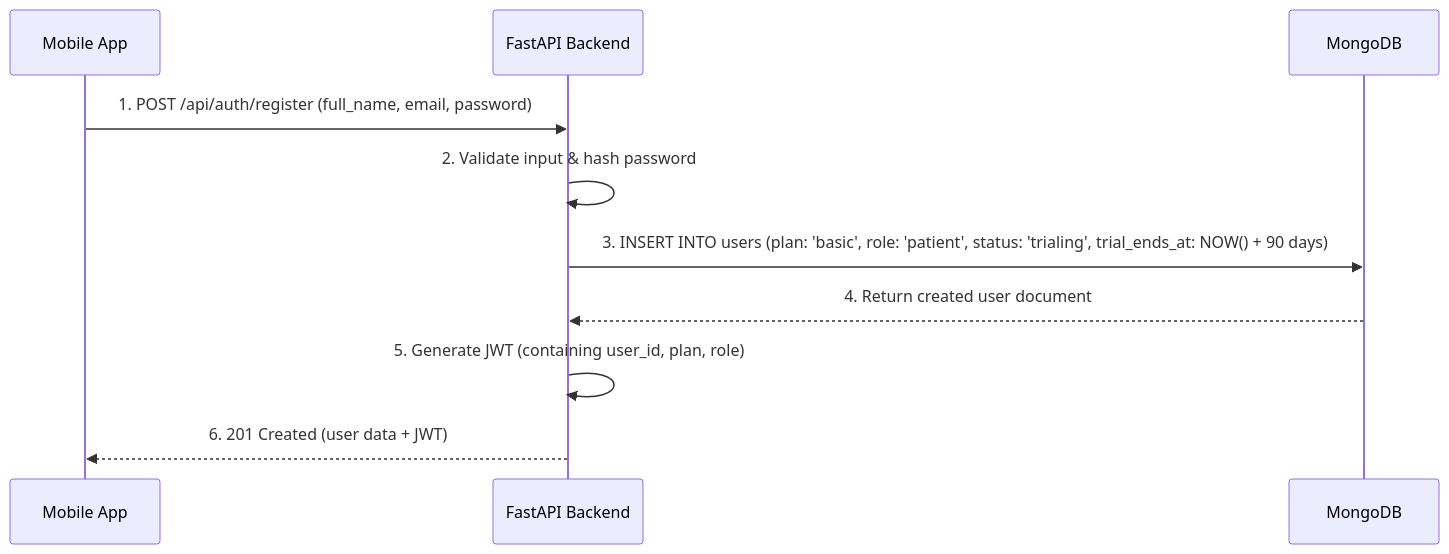
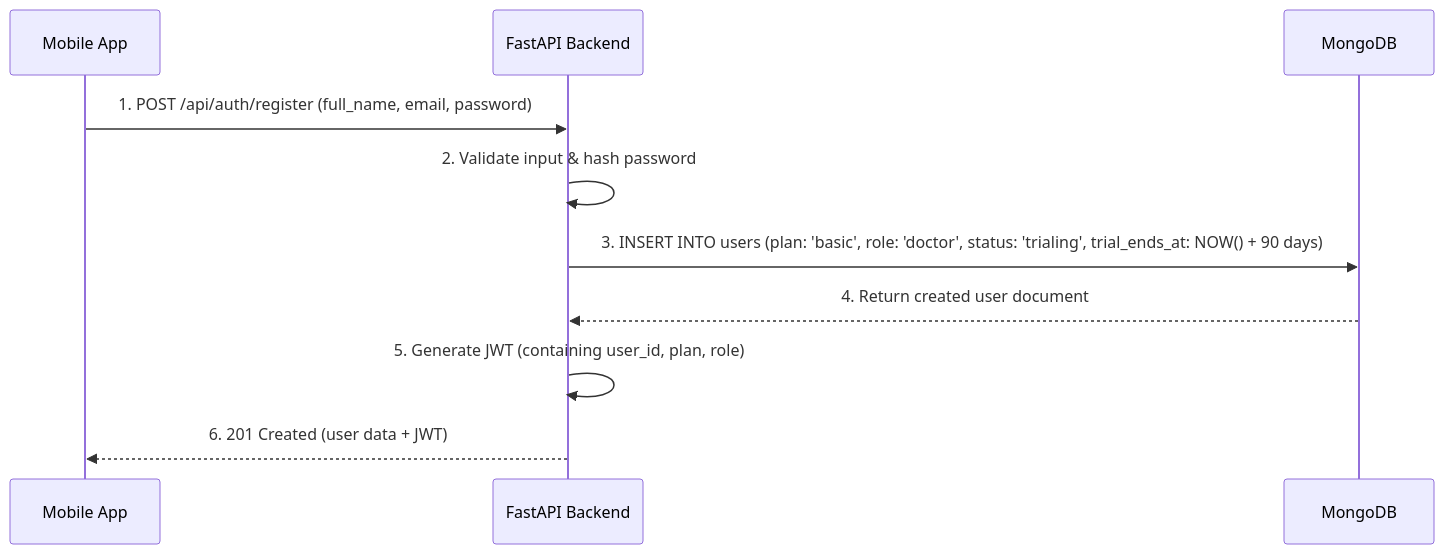
One commit to harishconti/doctor-log changed the second of 3 diagrams in Architecture.md. Above: the diagram before and after it, drawn with Mermaid. The commit also changed other lines of this file and 2 other files, not shown here.

Commit message:
Fix default user role and update documentation
- Changed the default user role for new users from `PATIENT` to `DOCTOR` in `backend/app/models/user.py`. This ensures that new users are assigned the correct role upon registration.
- Updated `Architecture.md` to reflect the change in the default user role in the user registration workflow diagram and description.
- Updated `ROADMAP.md` to move "Offline Support" and "Input Validation" to the "Completed Features" section to accurately reflect the current state of the project.
- Resolved a dependency conflict between `passlib` and `bcrypt` that was causing the test suite to fail.

````diff
--- a/Architecture.md
+++ b/Architecture.md
@@ -146,12 +146,12 @@
 ```mermaid
 sequenceDiagram
     participant Client as Mobile App
     participant Server as FastAPI Backend
     participant DB as MongoDB
     Client->>Server: 1. POST /api/auth/register (full_name, email, password)
     Server->>Server: 2. Validate input & hash password
-    Server->>DB: 3. INSERT INTO users (plan: 'basic', role: 'patient', status: 'trialing', trial_ends_at: NOW() + 90 days)
+    Server->>DB: 3. INSERT INTO users (plan: 'basic', role: 'doctor', status: 'trialing', trial_ends_at: NOW() + 90 days)
     DB-->>Server: 4. Return created user document
     Server->>Server: 5. Generate JWT (containing user_id, plan, role)
     Server-->>Client: 6. 201 Created (user data + JWT)
 ```
````
